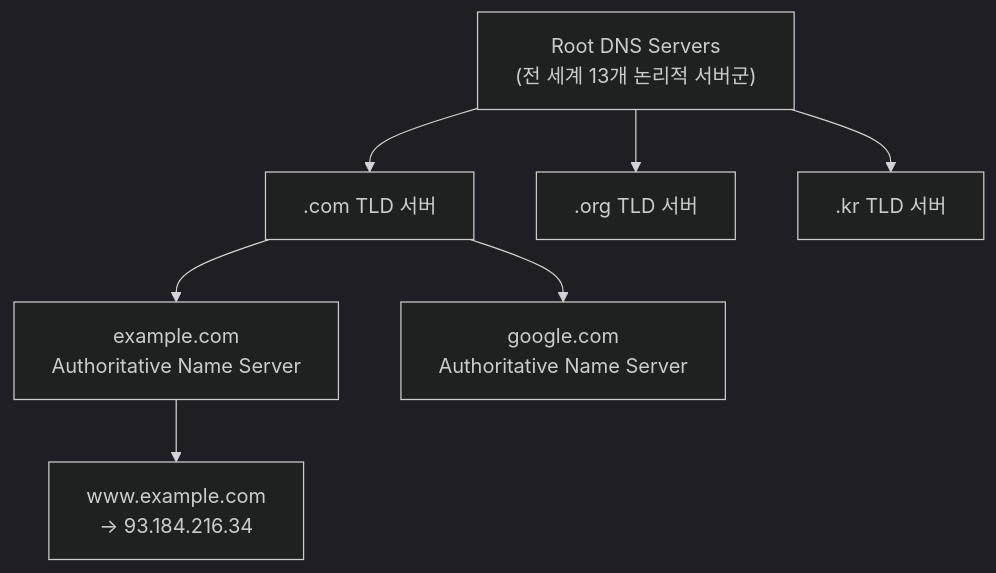
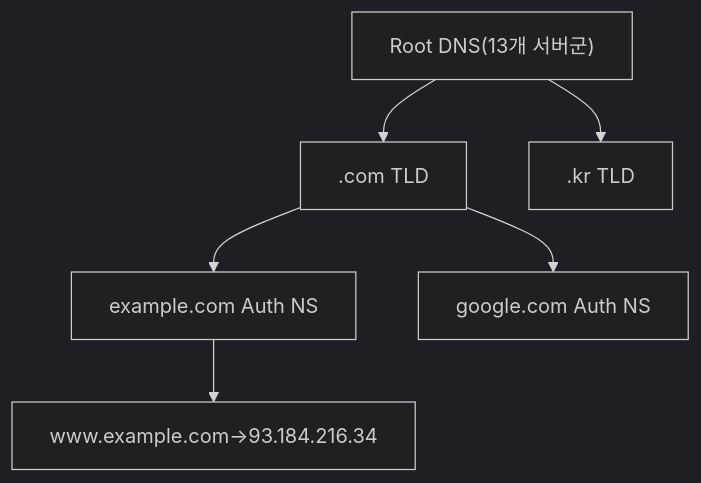
The first of 4 diagrams in _posts/network/2026-05-01-dns.md (yjkim2015/yjkim2015.github.io), drawn with Mermaid (dark theme) before and after one commit. The commit also changed other lines of this file and 215 other files, not shown here.

First line of the commit message:
신규 포스트 10개 추가 + Mermaid 전면 축소 + SystemDesign 시리즈 보강

````diff
--- a/_posts/network/2026-05-01-dns.md
+++ b/_posts/network/2026-05-01-dns.md
@@ -22,16 +22,8 @@
 ```mermaid
 graph TD
-    Root["Root DNS Servers\n(전 세계 13개 논리적 서버군)"]
-    COM[".com TLD 서버"]
-    ORG[".org TLD 서버"]
-    KR[".kr TLD 서버"]
-    EXAMPLE["example.com\nAuthoritative Name Server"]
-    GOOGLE["google.com\nAuthoritative Name Server"]
-    WWW["www.example.com\n→ 93.184.216.34"]
-    Root --> COM
-    Root --> ORG
-    Root --> KR
-    COM --> EXAMPLE
-    COM --> GOOGLE
-    EXAMPLE --> WWW
+    Root["Root DNS(13개 서버군)"] --> COM[".com TLD"]
+    Root --> KR[".kr TLD"]
+    COM --> EXAMPLE["example.com Auth NS"]
+    COM --> GOOGLE["google.com Auth NS"]
+    EXAMPLE --> WWW["www.example.com→93.184.216.34"]
 ```
````
